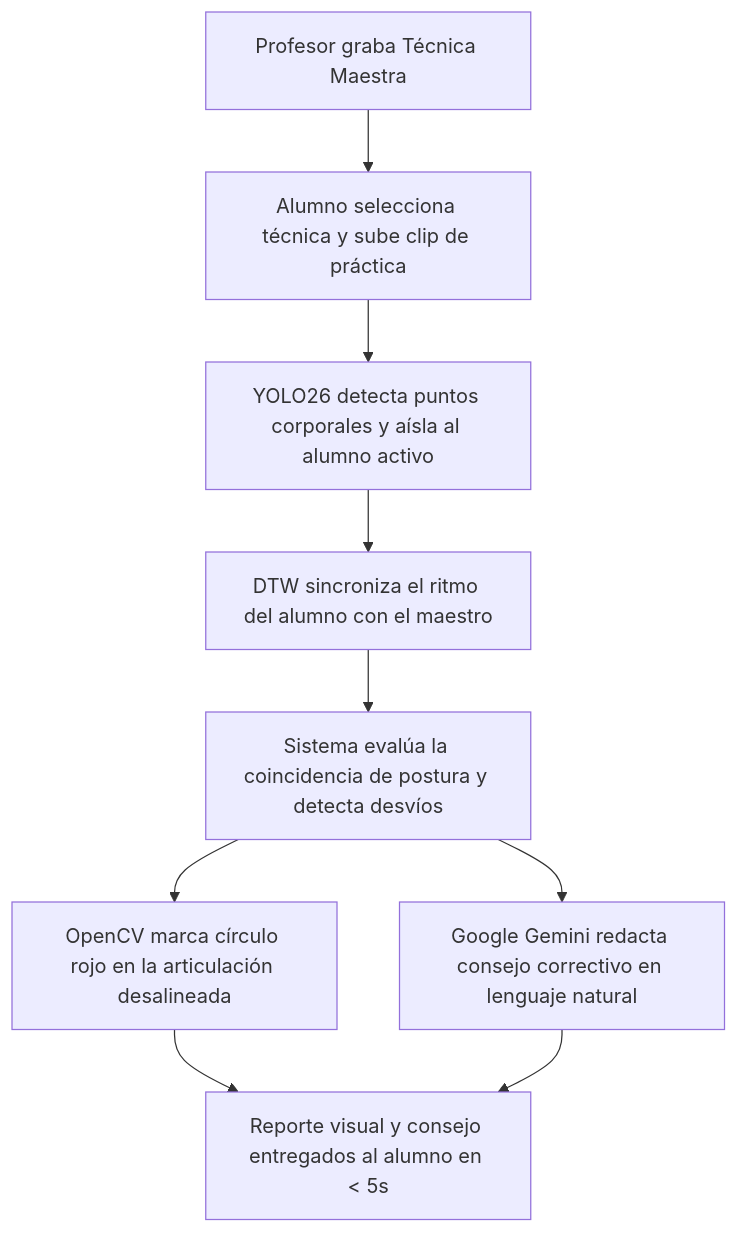
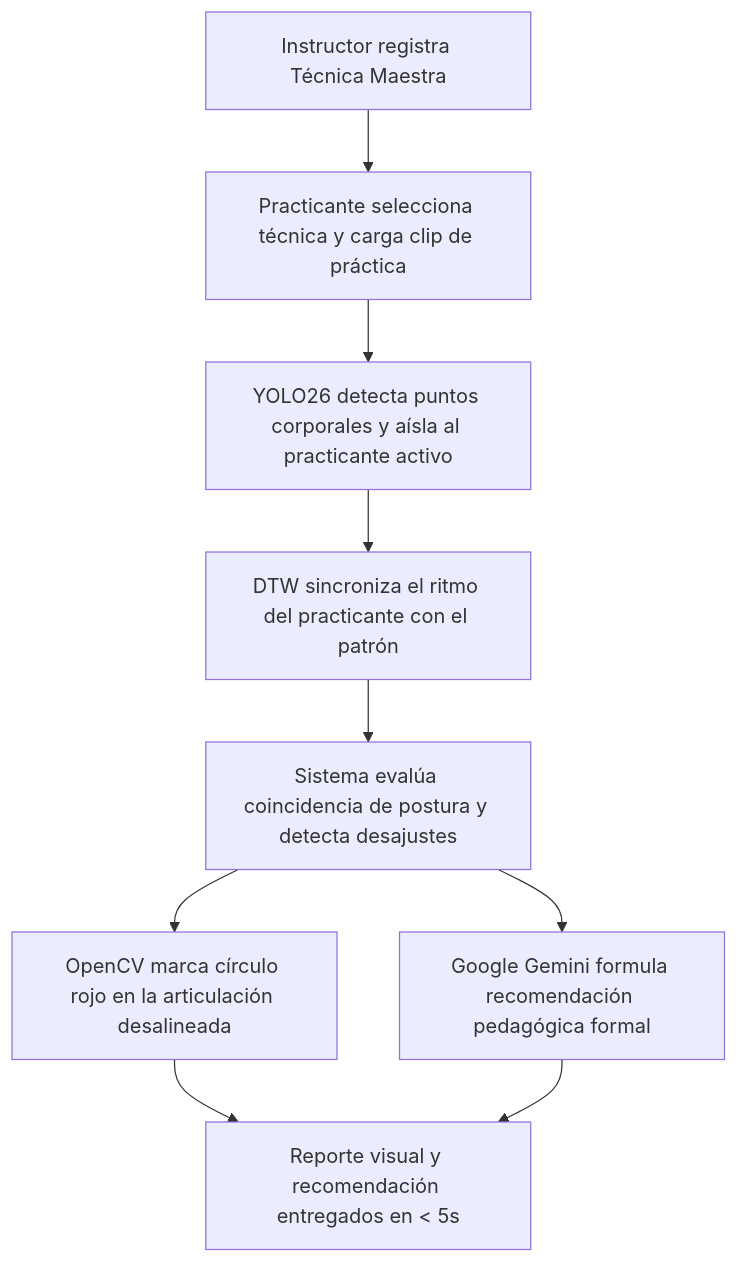
The fourth of 6 diagrams in README.md (Tsmrain/JiuJitsu), drawn with Mermaid before and after one commit. The commit also changed other lines of this file, not shown here.

````diff
--- a/README.md
+++ b/README.md
@@ -307,11 +312,11 @@
 ```mermaid
 flowchart TD
-    A[Profesor graba Técnica Maestra] --> B[Alumno selecciona técnica y sube clip de práctica]
-    B --> C[YOLO26 detecta puntos corporales y aísla al alumno activo]
-    C --> D[DTW sincroniza el ritmo del alumno con el maestro]
-    D --> E[Sistema evalúa la coincidencia de postura y detecta desvíos]
+    A[Instructor registra Técnica Maestra] --> B[Practicante selecciona técnica y carga clip de práctica]
+    B --> C[YOLO26 detecta puntos corporales y aísla al practicante activo]
+    C --> D[DTW sincroniza el ritmo del practicante con el patrón]
+    D --> E[Sistema evalúa coincidencia de postura y detecta desajustes]
     E --> F[OpenCV marca círculo rojo en la articulación desalineada]
-    E --> G[Google Gemini redacta consejo correctivo en lenguaje natural]
-    F --> H[Reporte visual y consejo entregados al alumno en < 5s]
+    E --> G[Google Gemini formula recomendación pedagógica formal]
+    F --> H[Reporte visual y recomendación entregados en < 5s]
     G --> H
 ```
````
